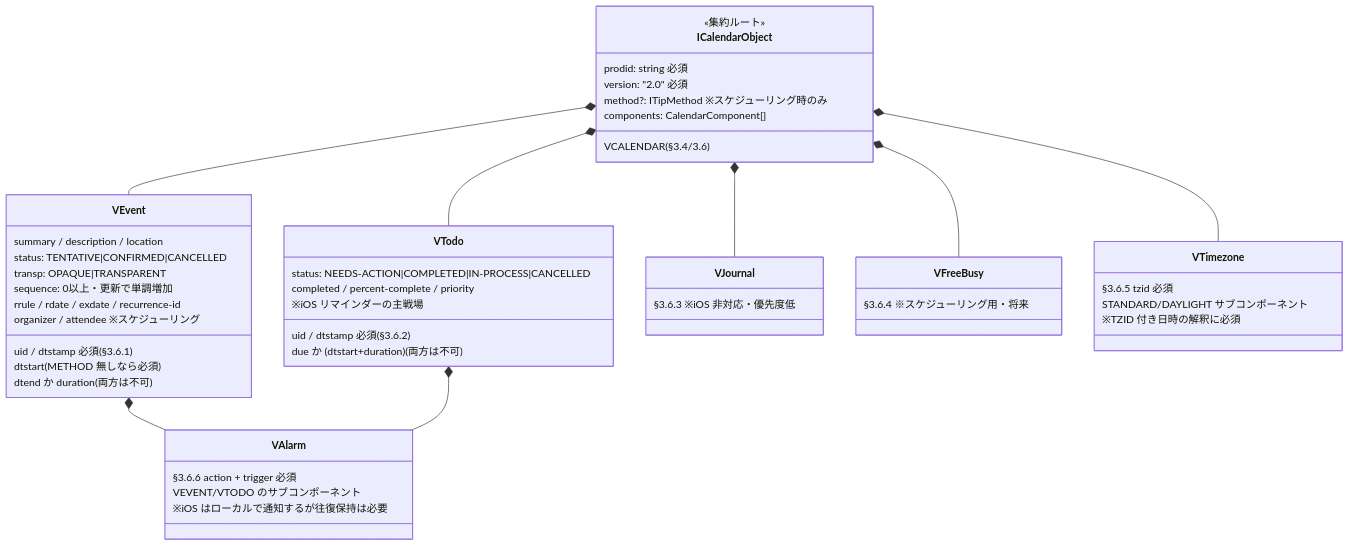
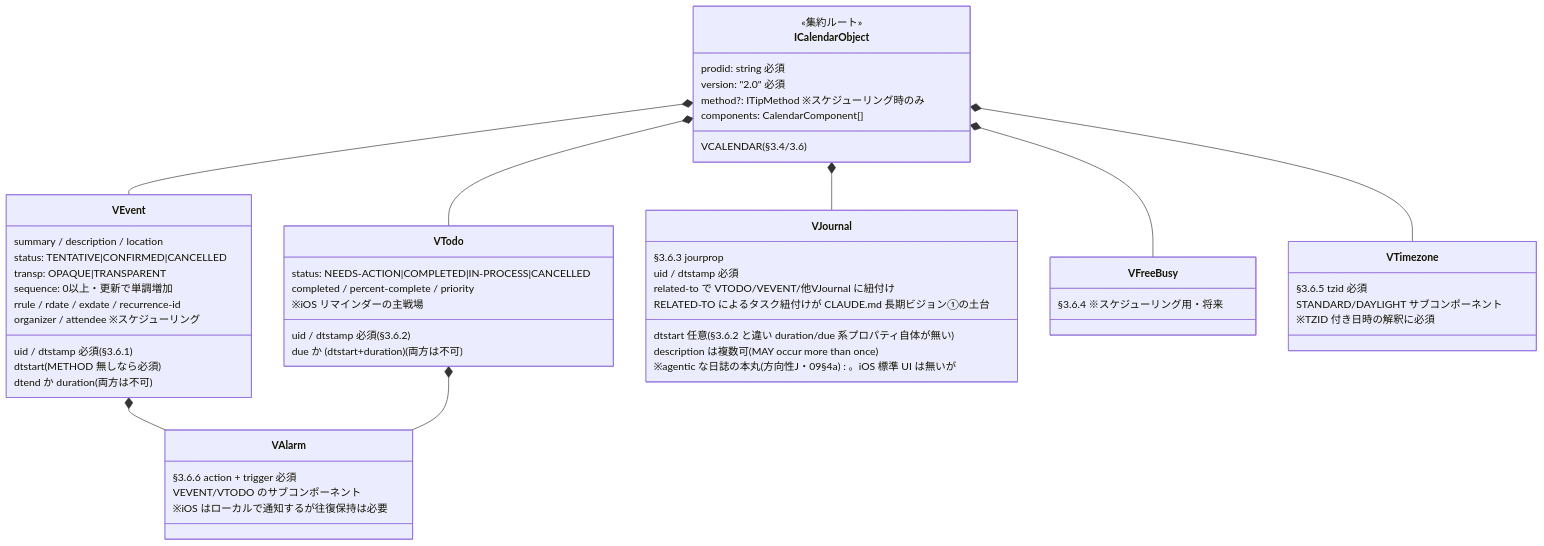
Before and after one commit to gigun-dev/caldav: the fourth of 6 diagrams in docs/modeling/03-domain-model.md, drawn with Mermaid. The commit also changed other lines of this file and 20 other files, not shown here.

````diff
--- a/docs/modeling/03-domain-model.md
+++ b/docs/modeling/03-domain-model.md
@@ -137,52 +137,58 @@
 ```mermaid
 classDiagram
     class ICalendarObject {
         <<集約ルート>>
         VCALENDAR(§3.4/3.6)
         prodid: string 必須
         version: "2.0" 必須
         method?: ITipMethod ※スケジューリング時のみ
         components: CalendarComponent[]
     }
     class VEvent {
         uid / dtstamp 必須(§3.6.1)
         dtstart(METHOD 無しなら必須)
         dtend か duration(両方は不可)
         summary / description / location
         status: TENTATIVE|CONFIRMED|CANCELLED
         transp: OPAQUE|TRANSPARENT
         sequence: 0以上・更新で単調増加
         rrule / rdate / exdate / recurrence-id
         organizer / attendee ※スケジューリング
     }
     class VTodo {
         uid / dtstamp 必須(§3.6.2)
         due か (dtstart+duration)(両方は不可)
         status: NEEDS-ACTION|COMPLETED|IN-PROCESS|CANCELLED
         completed / percent-complete / priority
         ※iOS リマインダーの主戦場
     }
     class VJournal {
-        §3.6.3 ※iOS 非対応・優先度低
+        §3.6.3 jourprop
+        uid / dtstamp 必須
+        dtstart 任意(§3.6.2 と違い duration/due 系プロパティ自体が無い)
+        description は複数可(MAY occur more than once)
+        related-to で VTODO/VEVENT/他VJournal に紐付け
+        ※agentic な日誌の本丸(方向性J・09§4a)。iOS 標準 UI は無いが
+          RELATED-TO によるタスク紐付けが CLAUDE.md 長期ビジョン①の土台
     }
     class VFreeBusy {
         §3.6.4 ※スケジューリング用・将来
     }
     class VTimezone {
         §3.6.5 tzid 必須
         STANDARD/DAYLIGHT サブコンポーネント
         ※TZID 付き日時の解釈に必須
     }
     class VAlarm {
         §3.6.6 action + trigger 必須
         VEVENT/VTODO のサブコンポーネント
         ※iOS はローカルで通知するが往復保持は必要
     }
     ICalendarObject *-- VEvent
     ICalendarObject *-- VTodo
     ICalendarObject *-- VJournal
     ICalendarObject *-- VFreeBusy
     ICalendarObject *-- VTimezone
     VEvent *-- VAlarm
     VTodo *-- VAlarm
 ```
````
